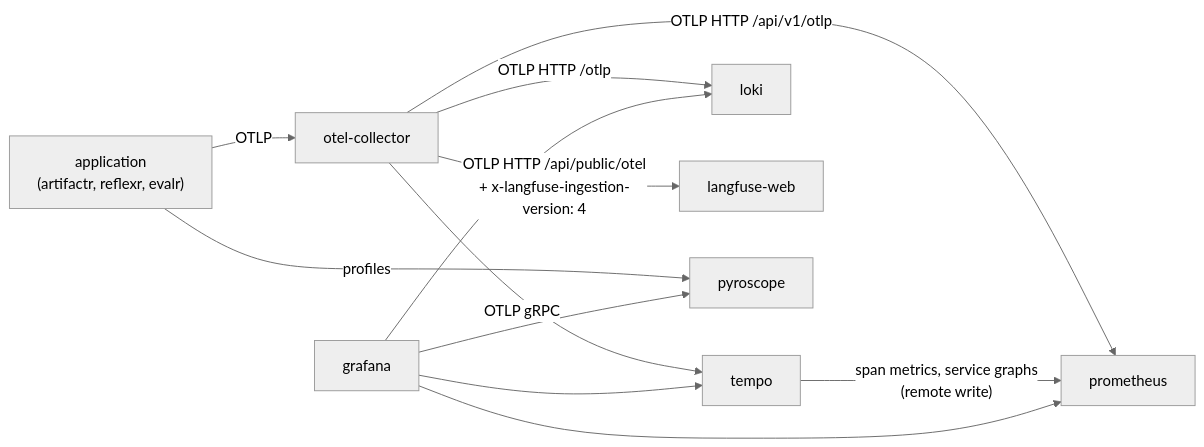
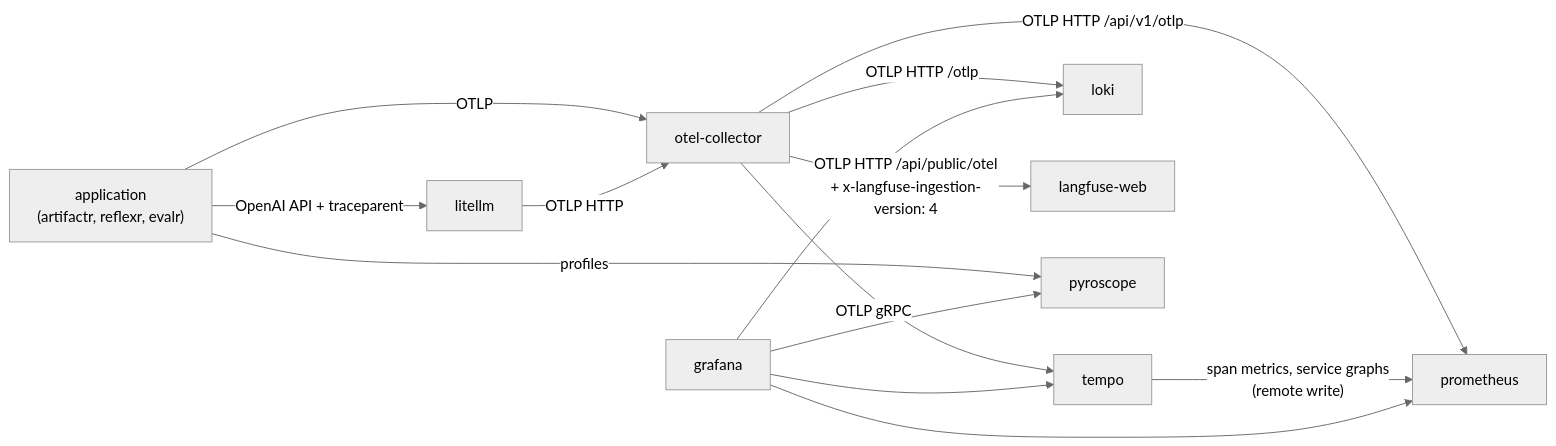
The diagram in packages/stackr/docs/architecture.md (alexnodeland/lattice), drawn with Mermaid (neutral theme) before and after one commit. The commit also changed other lines of this file and 16 other files, not shown here.

````diff
--- a/packages/stackr/docs/architecture.md
+++ b/packages/stackr/docs/architecture.md
@@ -78,11 +78,13 @@
 ```mermaid
 graph LR
     app["application<br/>(artifactr, reflexr, evalr)"] -- "OTLP" --> collector["otel-collector"]
     collector -- "OTLP gRPC" --> tempo["tempo"]
     collector -- "OTLP HTTP /api/v1/otlp" --> prometheus["prometheus"]
     collector -- "OTLP HTTP /otlp" --> loki["loki"]
     collector -- "OTLP HTTP /api/public/otel<br/>+ x-langfuse-ingestion-version: 4" --> langfuse["langfuse-web"]
+    app -- "OpenAI API + traceparent" --> litellm["litellm"]
+    litellm -- "OTLP HTTP" --> collector
     tempo -- "span metrics, service graphs<br/>(remote write)" --> prometheus
     app -- "profiles" --> pyroscope["pyroscope"]
     grafana["grafana"] --> tempo & prometheus & loki & pyroscope
 ```
````
